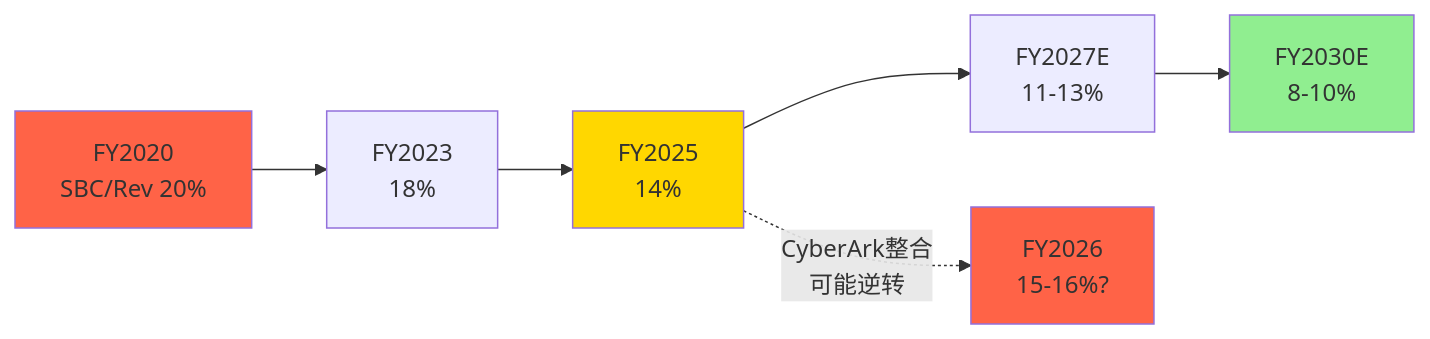
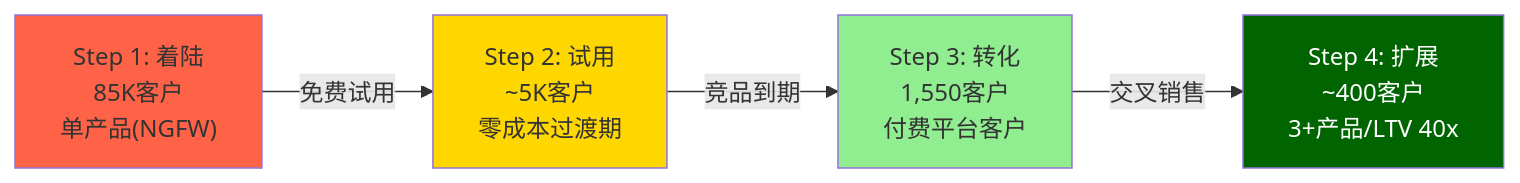
Before and after one commit to miltonnewyork25-afk/investment-master: the eighth of 30 diagrams in reports/PANW/PANW_Complete_v1.0.md, drawn with Mermaid. The commit also changed other lines of this file and 2 other files, not shown here.

````diff
--- a/reports/PANW/PANW_Complete_v1.0.md
+++ b/reports/PANW/PANW_Complete_v1.0.md
@@ -249,13 +1246,11 @@
 ```mermaid
 graph LR
-    A[FY2020<br/>SBC/Rev 20%] --> B[FY2023<br/>18%]
-    B --> C[FY2025<br/>14%]
-    C --> D[FY2027E<br/>11-13%]
-    D --> E[FY2030E<br/>8-10%]
-    C -.->|CyberArk整合<br/>可能逆转| F[FY2026<br/>15-16%?]
+    A["Step 1: 着陆<br>85K客户<br>单产品(NGFW)"] -->|免费试用| B["Step 2: 试用<br>~5K客户<br>零成本过渡期"]
+    B -->|竞品到期| C["Step 3: 转化<br>1,550客户<br>付费平台客户"]
+    C -->|交叉销售| D["Step 4: 扩展<br>~400客户<br>3+产品/LTV 40x"]
 
     style A fill:#FF6347
-    style C fill:#FFD700
-    style E fill:#90EE90
-    style F fill:#FF6347
+    style B fill:#FFD700
+    style C fill:#90EE90
+    style D fill:#006400,color:#fff
 ```
````
